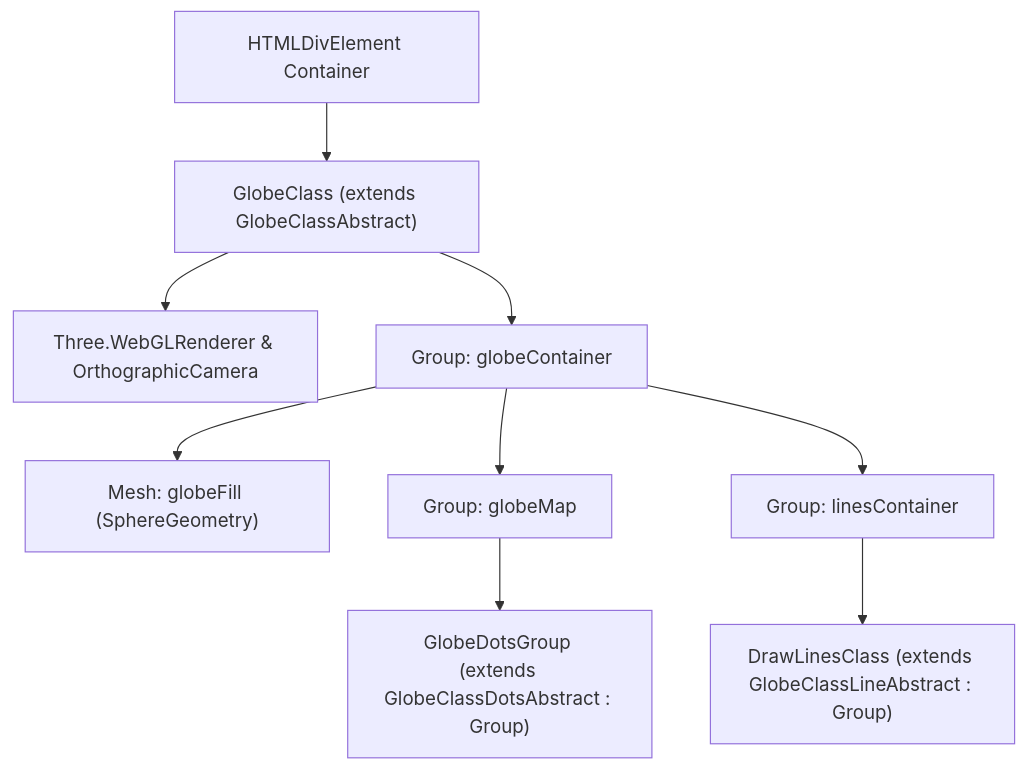
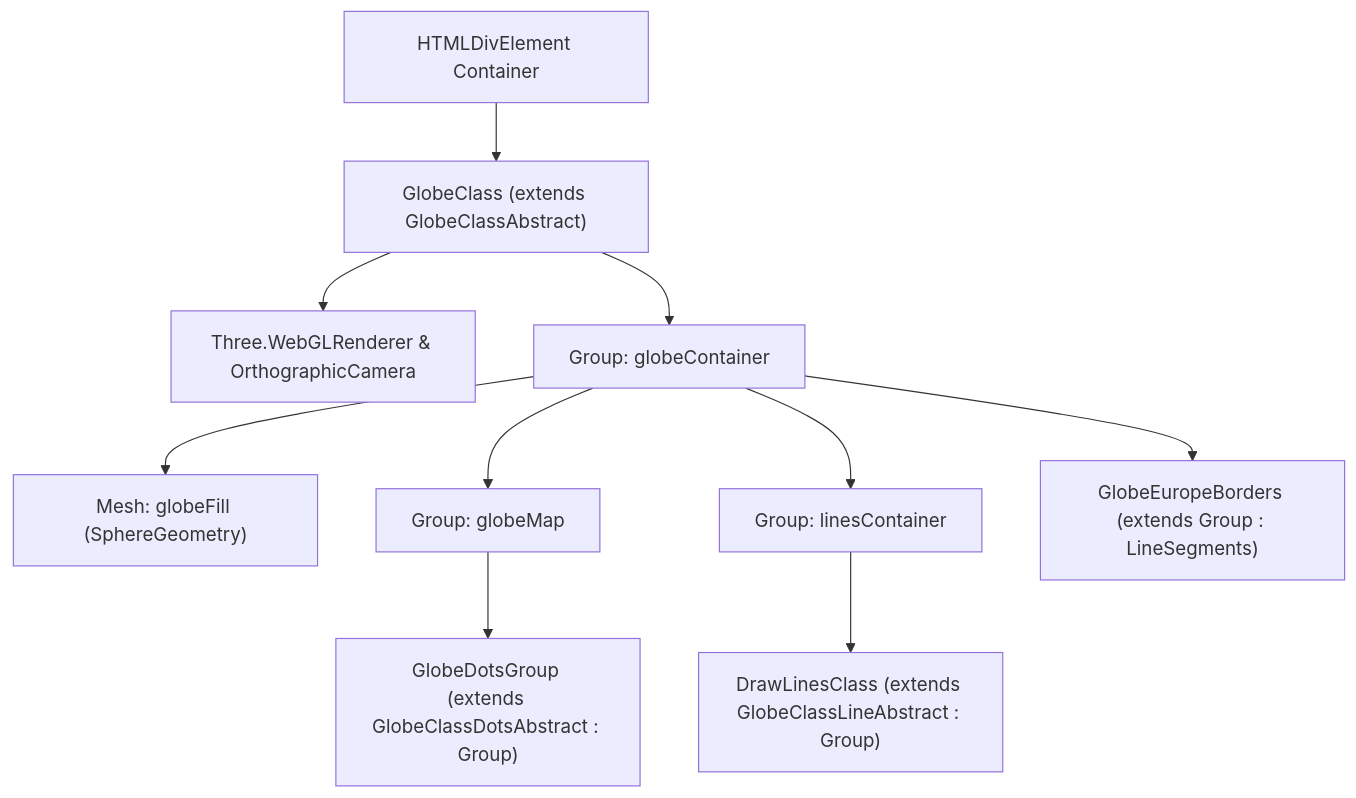
Before and after one commit to StefanoGagliardi/Tree.js-Real-scale-animated-World: the diagram in docs/globe-architecture-and-math-guide.md, drawn with Mermaid. The commit also changed other lines of this file and 9 other files, not shown here.

````diff
--- a/docs/globe-architecture-and-math-guide.md
+++ b/docs/globe-architecture-and-math-guide.md
@@ -33,11 +37,12 @@
 ```mermaid
 graph TD
     A["HTMLDivElement Container"] --> B["GlobeClass (extends GlobeClassAbstract)"]
     B --> C["Three.WebGLRenderer & OrthographicCamera"]
     B --> D["Group: globeContainer"]
     D --> E["Mesh: globeFill (SphereGeometry)"]
     D --> F["Group: globeMap"]
     F --> G["GlobeDotsGroup (extends GlobeClassDotsAbstract : Group)"]
     D --> H["Group: linesContainer"]
     H --> I["DrawLinesClass (extends GlobeClassLineAbstract : Group)"]
+    D --> L["GlobeEuropeBorders (extends Group : LineSegments)"]
 ```
````
